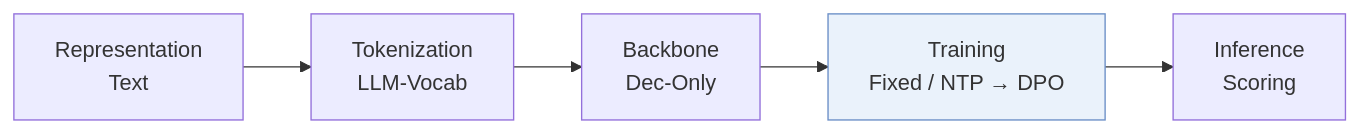
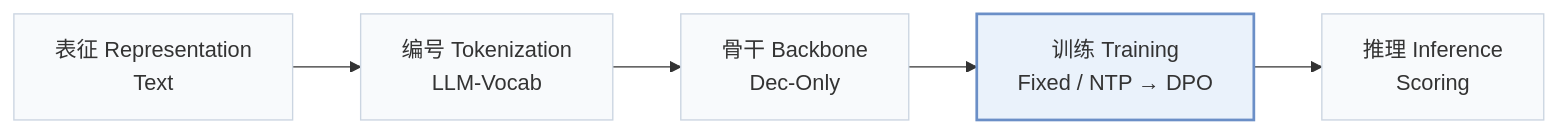
The first of 2 diagrams in pages/zh/papers/causaldpo.md (Galaxy-ghost/Awesome-SID-Generative-Rec), drawn with Mermaid before and after one commit. The commit also changed other lines of this file and 649 other files, not shown here.

Commit message:
writer-05: also tags and modality index (schema, check, build, visuals); summary field removed; calibration data for 12 papers

````diff
--- a/pages/zh/papers/causaldpo.md
+++ b/pages/zh/papers/causaldpo.md
@@ -13,6 +15,8 @@
 ```mermaid
 flowchart LR
-    R["Representation<br/>Text"] --> T["Tokenization<br/>LLM-Vocab"] --> B["Backbone<br/>Dec-Only"] --> TR["Training<br/>Fixed / NTP → DPO"] --> I["Inference<br/>Scoring"]
-    classDef main fill:#eaf2fb,stroke:#6b8fc7
+    R["表征 Representation<br/>Text"] --> T["编号 Tokenization<br/>LLM-Vocab"] --> B["骨干 Backbone<br/>Dec-Only"] --> TR["训练 Training<br/>Fixed / NTP → DPO"] --> I["推理 Inference<br/>Scoring"]
+    classDef base fill:#f8fafc,stroke:#cbd5e1
+    class R,T,B,TR,I base
+    classDef main fill:#eaf2fb,stroke:#6b8fc7,stroke-width:2px
     class TR main
 ```
````
